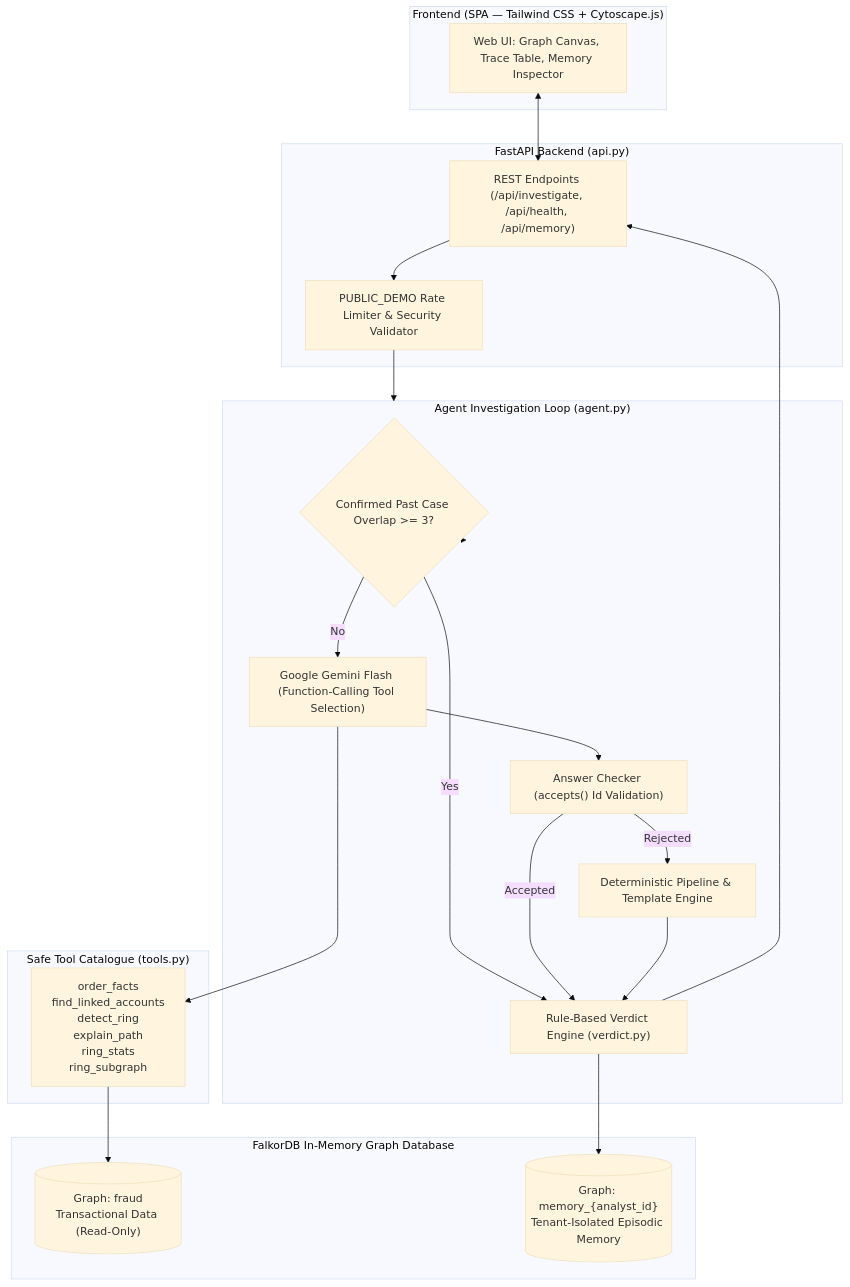
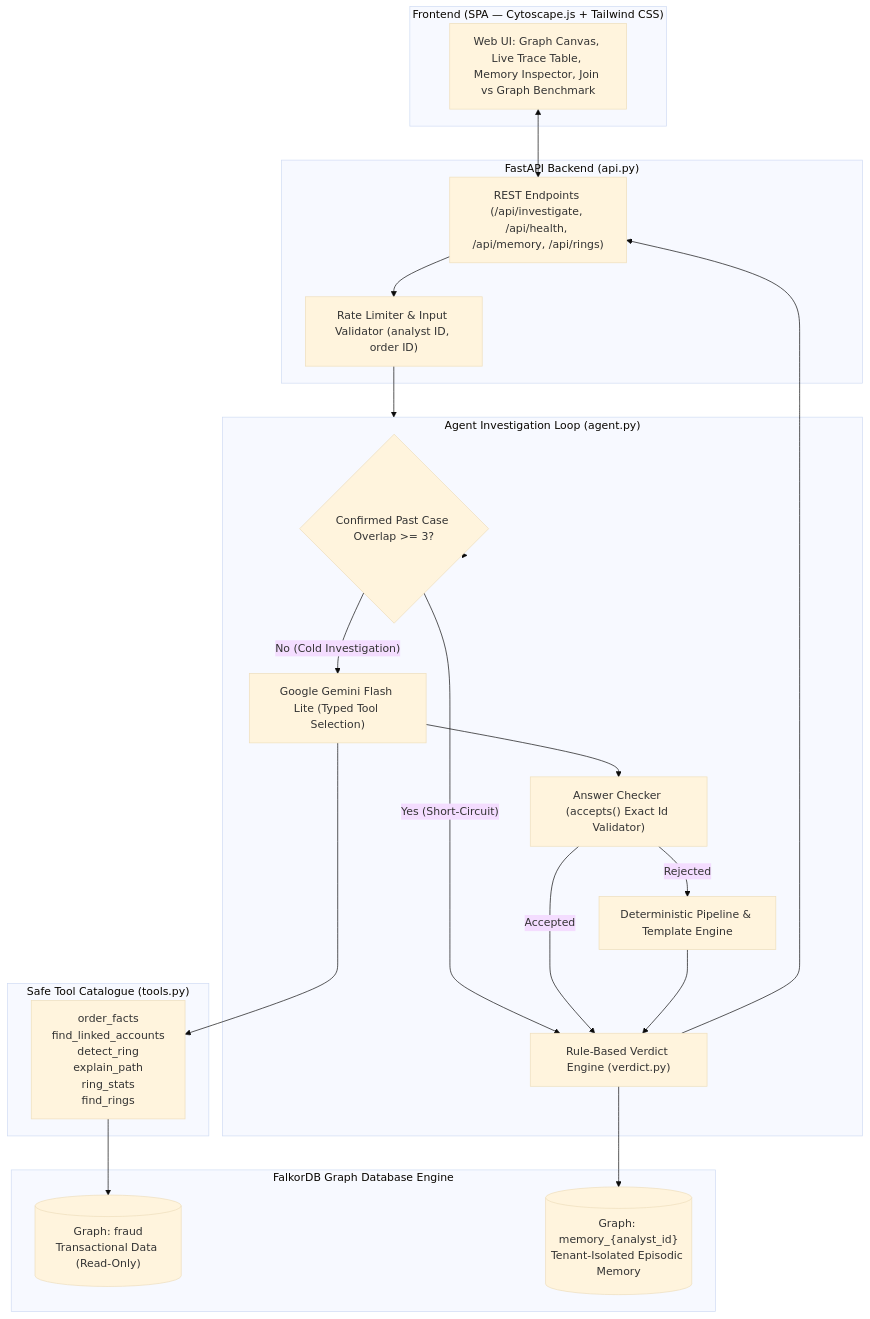
Before and after one commit to Manasa-L-Hegde/RingWatch: the first of 3 diagrams in README.md, drawn with Mermaid (base theme). The commit also changed other lines of this file, not shown here.

````diff
--- a/README.md
+++ b/README.md
@@ -34,42 +99,42 @@
 ```mermaid
 flowchart TD
-    subgraph Frontend ["Frontend (SPA — Tailwind CSS + Cytoscape.js)"]
-        UI["Web UI: Graph Canvas, Trace Table, Memory Inspector"]
+    subgraph Frontend ["Frontend (SPA — Cytoscape.js + Tailwind CSS)"]
+        UI["Web UI: Graph Canvas, Live Trace Table, Memory Inspector, Join vs Graph Benchmark"]
     end
 
     subgraph Backend ["FastAPI Backend (api.py)"]
-        API["REST Endpoints (/api/investigate, /api/health, /api/memory)"]
-        RateLimit["PUBLIC_DEMO Rate Limiter & Security Validator"]
+        API["REST Endpoints (/api/investigate, /api/health, /api/memory, /api/rings)"]
+        RateLimit["Rate Limiter & Input Validator (analyst ID, order ID)"]
     end
 
     subgraph AgentLoop ["Agent Investigation Loop (agent.py)"]
         MemoryShortCircuit{"Confirmed Past Case Overlap >= 3?"}
-        LLM["Google Gemini Flash (Function-Calling Tool Selection)"]
-        Safeguard["Answer Checker (accepts() Id Validation)"]
+        LLM["Google Gemini Flash Lite (Typed Tool Selection)"]
+        Safeguard["Answer Checker (accepts() Exact Id Validator)"]
         Fallback["Deterministic Pipeline & Template Engine"]
         VerdictEngine["Rule-Based Verdict Engine (verdict.py)"]
     end
 
     subgraph ToolCatalogue ["Safe Tool Catalogue (tools.py)"]
-        Tools["order_facts\nfind_linked_accounts\ndetect_ring\nexplain_path\nring_stats\nring_subgraph"]
+        Tools["order_facts\nfind_linked_accounts\ndetect_ring\nexplain_path\nring_stats\nfind_rings"]
     end
 
-    subgraph FalkorDB ["FalkorDB In-Memory Graph Database"]
+    subgraph FalkorDB ["FalkorDB Graph Database Engine"]
         FraudGraph[("Graph: fraud\nTransactional Data (Read-Only)")]
         MemoryGraphs[("Graph: memory_{analyst_id}\nTenant-Isolated Episodic Memory")]
     end
 
     UI <--> API
     API --> RateLimit --> AgentLoop
     AgentLoop --> MemoryShortCircuit
-    MemoryShortCircuit -- Yes --> VerdictEngine
-    MemoryShortCircuit -- No --> LLM
+    MemoryShortCircuit -- Yes (Short-Circuit) --> VerdictEngine
+    MemoryShortCircuit -- No (Cold Investigation) --> LLM
     LLM --> Tools
     Tools --> FraudGraph
     LLM --> Safeguard
     Safeguard -- Rejected --> Fallback
     Safeguard -- Accepted --> VerdictEngine
     Fallback --> VerdictEngine
     VerdictEngine --> MemoryGraphs
     VerdictEngine --> API
 ```
````
